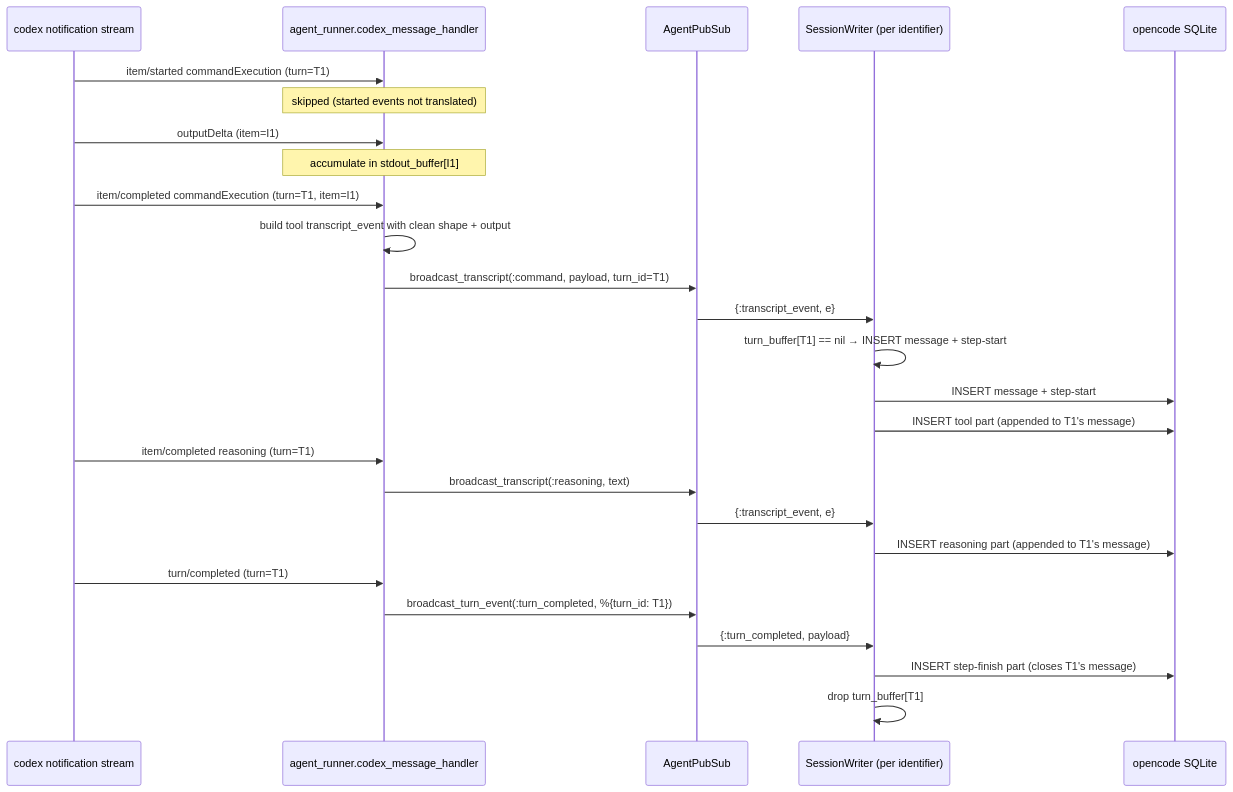
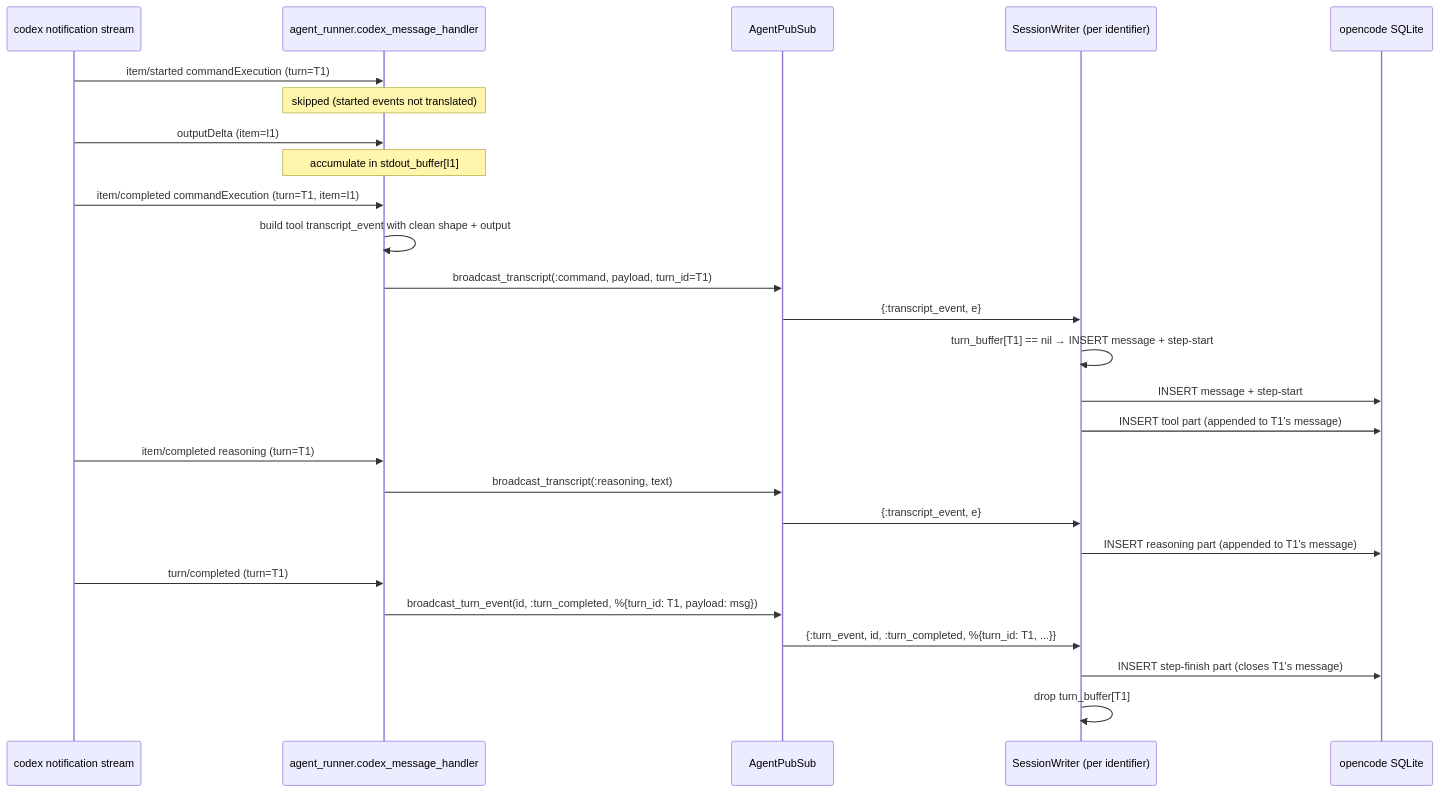
The first of 2 diagrams in docs/plans/2026-05-25-001-feat-chat-pane-native-parity-plan.md (aiur-team/aiur), drawn with Mermaid before and after one commit. The commit also changed other lines of this file, not shown here.

````diff
--- a/docs/plans/2026-05-25-001-feat-chat-pane-native-parity-plan.md
+++ b/docs/plans/2026-05-25-001-feat-chat-pane-native-parity-plan.md
@@ -114,33 +131,33 @@
 ```mermaid
 sequenceDiagram
     participant Codex as codex notification stream
     participant AR as agent_runner.codex_message_handler
     participant PubSub as AgentPubSub
     participant SW as SessionWriter (per identifier)
     participant DB as opencode SQLite
 
     Codex->>AR: item/started commandExecution (turn=T1)
     Note over AR: skipped (started events not translated)
 
     Codex->>AR: outputDelta (item=I1)
     Note over AR: accumulate in stdout_buffer[I1]
 
     Codex->>AR: item/completed commandExecution (turn=T1, item=I1)
     AR->>AR: build tool transcript_event with clean shape + output
     AR->>PubSub: broadcast_transcript(:command, payload, turn_id=T1)
     PubSub->>SW: {:transcript_event, e}
     SW->>SW: turn_buffer[T1] == nil → INSERT message + step-start
     SW->>DB: INSERT message + step-start
     SW->>DB: INSERT tool part (appended to T1's message)
 
     Codex->>AR: item/completed reasoning (turn=T1)
     AR->>PubSub: broadcast_transcript(:reasoning, text)
     PubSub->>SW: {:transcript_event, e}
     SW->>DB: INSERT reasoning part (appended to T1's message)
 
     Codex->>AR: turn/completed (turn=T1)
-    AR->>PubSub: broadcast_turn_event(:turn_completed, %{turn_id: T1})
-    PubSub->>SW: {:turn_completed, payload}
+    AR->>PubSub: broadcast_turn_event(id, :turn_completed, %{turn_id: T1, payload: msg})
+    PubSub->>SW: {:turn_event, id, :turn_completed, %{turn_id: T1, ...}}
     SW->>DB: INSERT step-finish part (closes T1's message)
     SW->>SW: drop turn_buffer[T1]
 ```
````
